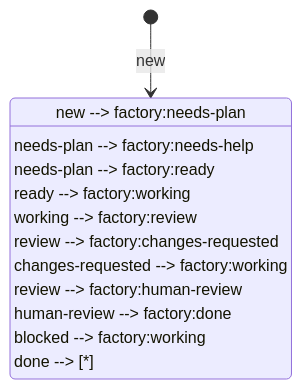
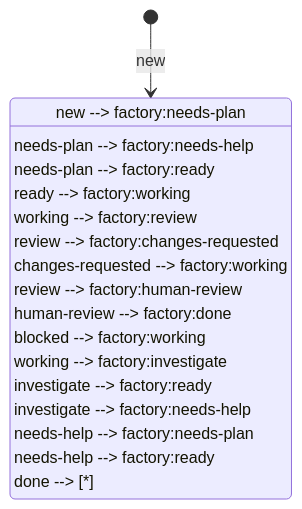
Before and after one commit to bin0110001/cezar-factory: the diagram in docs/lifecycle.md, drawn with Mermaid. The commit also changed other lines of this file and 47 other files, not shown here.

````diff
--- a/docs/lifecycle.md
+++ b/docs/lifecycle.md
@@ -20,15 +21,20 @@
 ```mermaid
 stateDiagram-v2
     [*] --> factory:new
     factory:new --> factory:needs-plan
     factory:needs-plan --> factory:needs-help
     factory:needs-plan --> factory:ready
     factory:ready --> factory:working
     factory:working --> factory:review
     factory:review --> factory:changes-requested
     factory:changes-requested --> factory:working
     factory:review --> factory:human-review
     factory:human-review --> factory:done
     factory:blocked --> factory:working
+    factory:working --> factory:investigate
+    factory:investigate --> factory:ready
+    factory:investigate --> factory:needs-help
+    factory:needs-help --> factory:needs-plan
+    factory:needs-help --> factory:ready
     factory:done --> [*]
 ```
````
